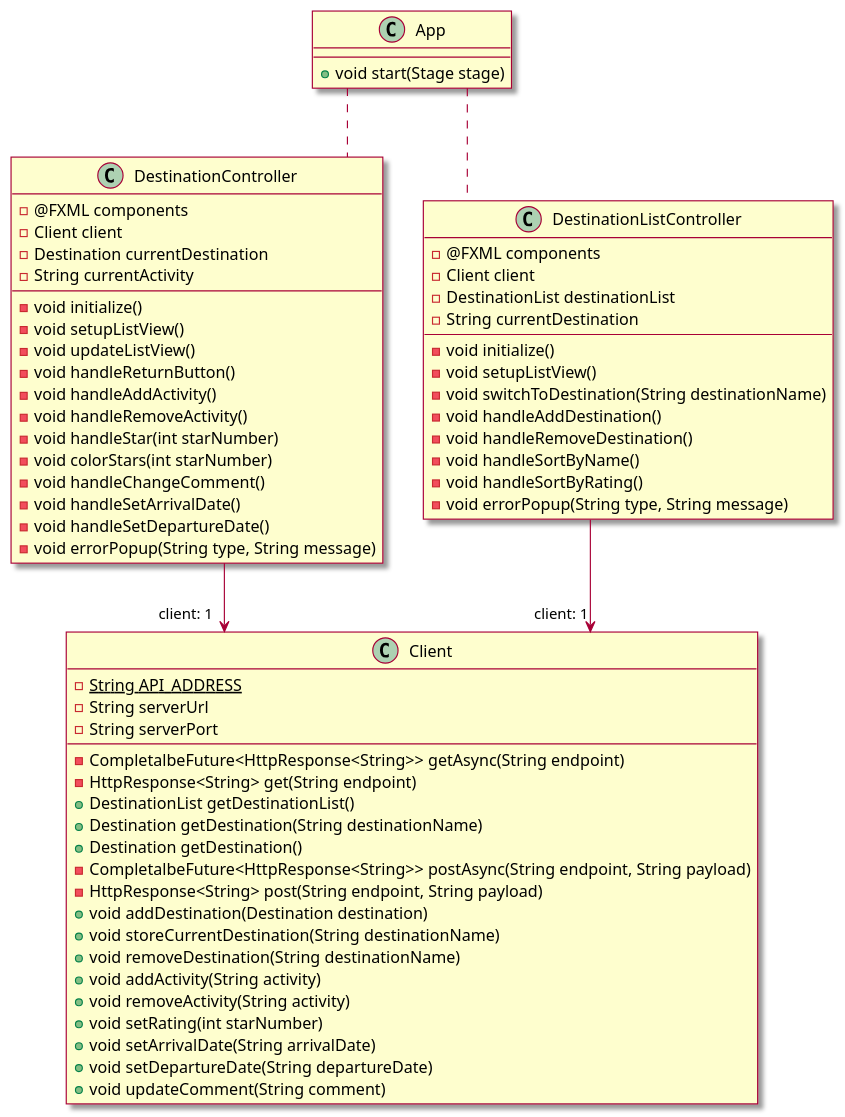
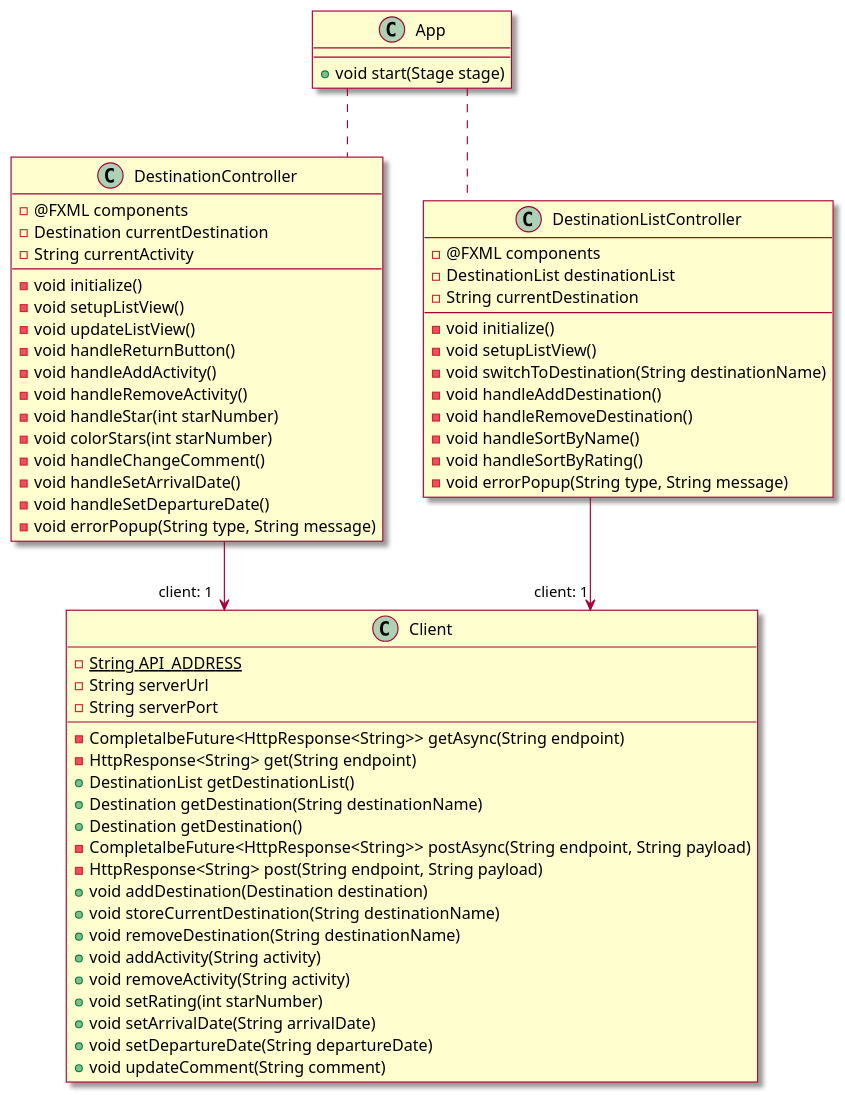
Before and after one commit to tbwiik/Travelu: the diagram in docs/diagrams/classDiagramFxui.puml, drawn with PlantUML. The commit also changed 1 other file, not shown here.

```diff
--- a/docs/diagrams/classDiagramFxui.puml
+++ b/docs/diagrams/classDiagramFxui.puml
@@ -1,71 +1,69 @@
 @startuml cdFxui
 skin rose
 skinparam linetype ortho
 
 class App {
     + void start(Stage stage)
 }
 
 class DestinationController {
     - @FXML components
-    - Client client
     - Destination currentDestination
     - String currentActivity
 
     - void initialize()
     - void setupListView()
     - void updateListView()
     - void handleReturnButton()
     - void handleAddActivity()
     - void handleRemoveActivity()
     - void handleStar(int starNumber)
     - void colorStars(int starNumber)
     - void handleChangeComment()
     - void handleSetArrivalDate()
     - void handleSetDepartureDate()
     - void errorPopup(String type, String message)
 }
 
 class DestinationListController {
     - @FXML components
-    - Client client
     - DestinationList destinationList
     - String currentDestination
 
     - void initialize()
     - void setupListView()
     - void switchToDestination(String destinationName)
     - void handleAddDestination()
     - void handleRemoveDestination()
     - void handleSortByName()
     - void handleSortByRating()
     - void errorPopup(String type, String message)
 }
 
 class Client {
     - {static} String API_ADDRESS
     - String serverUrl
     - String serverPort
     - CompletalbeFuture<HttpResponse<String>> getAsync(String endpoint)
     - HttpResponse<String> get(String endpoint)
     + DestinationList getDestinationList()
     + Destination getDestination(String destinationName)
     + Destination getDestination()
     - CompletalbeFuture<HttpResponse<String>> postAsync(String endpoint, String payload)
     - HttpResponse<String> post(String endpoint, String payload)
     + void addDestination(Destination destination)
     + void storeCurrentDestination(String destinationName)
     + void removeDestination(String destinationName)
     + void addActivity(String activity)
     + void removeActivity(String activity)
     + void setRating(int starNumber)
     + void setArrivalDate(String arrivalDate)
     + void setDepartureDate(String departureDate)
     + void updateComment(String comment)
 }
 
 App .. DestinationController
 App .. DestinationListController
 DestinationListController --> "client: 1  " Client
 DestinationController --> "client: 1 " Client
 @enduml
```
